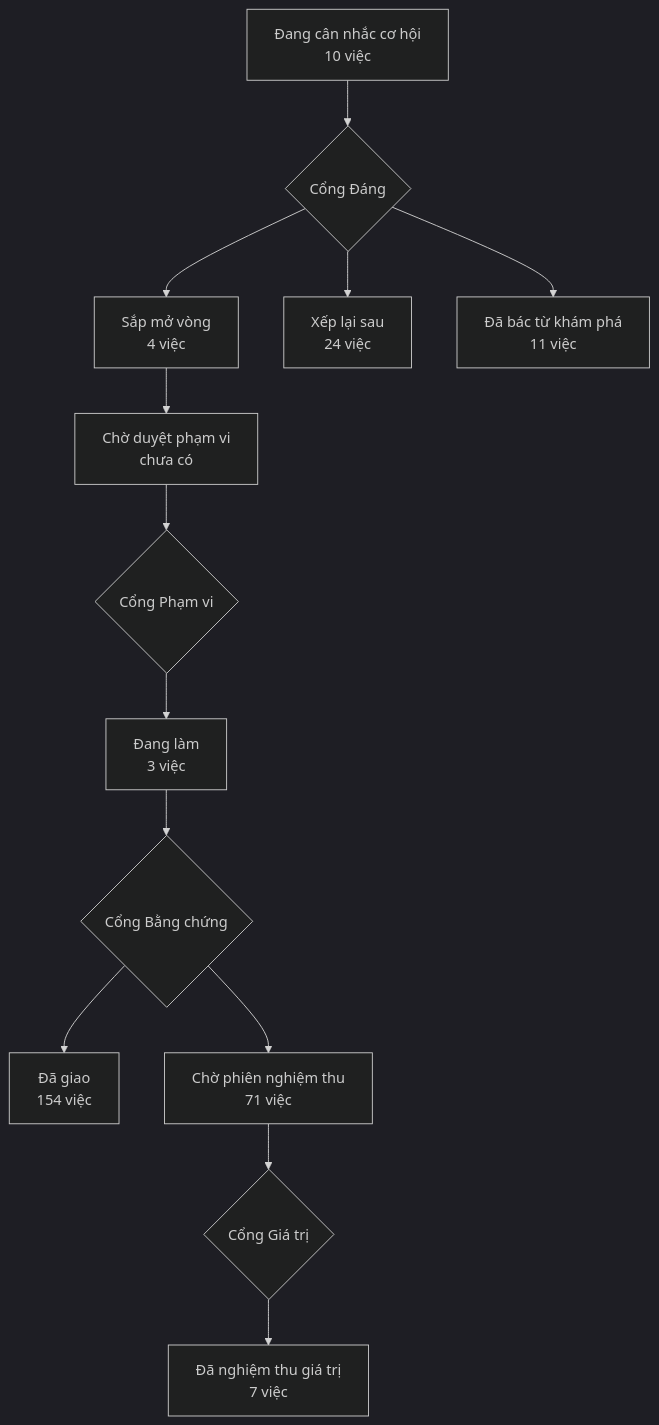
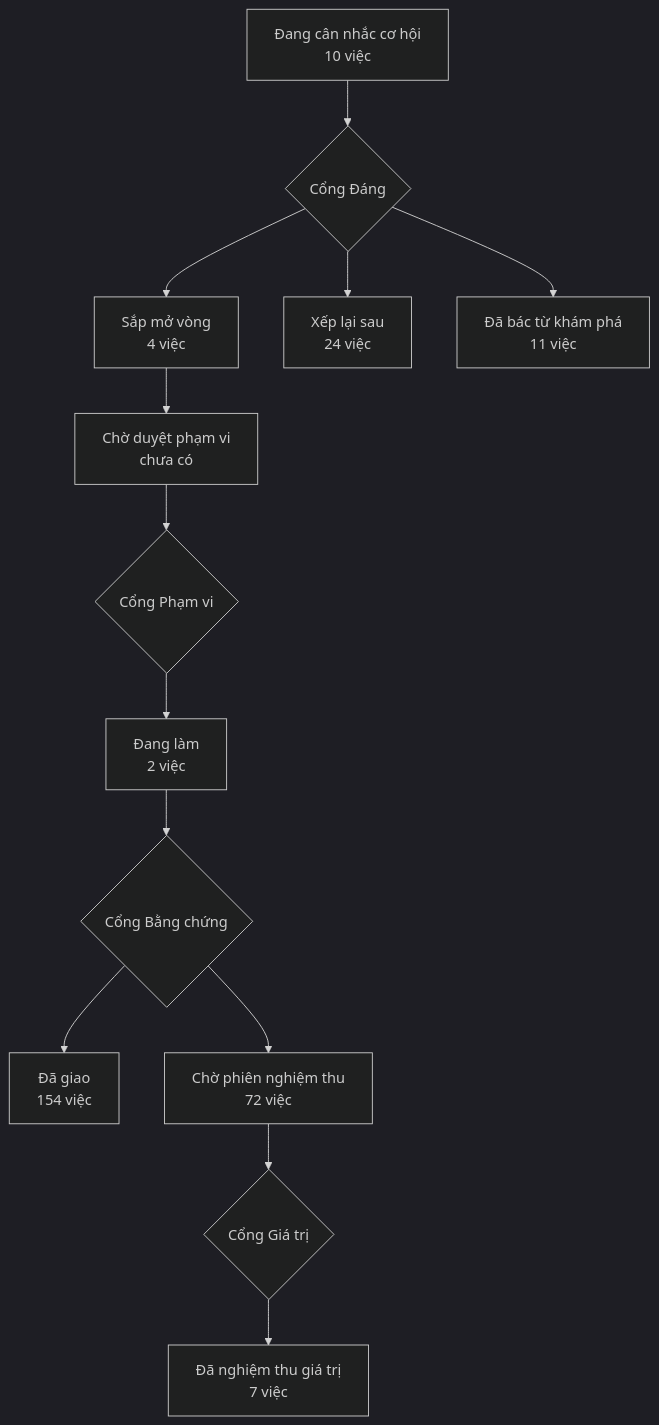
The diagram in PRODUCT-MAP.md (phanlemanh/acceptance-gate-kit), drawn with Mermaid (dark theme) before and after one commit. The commit also changed 6 other files, not shown here.

````diff
--- a/PRODUCT-MAP.md
+++ b/PRODUCT-MAP.md
@@ -7,12 +7,12 @@
 ```mermaid
 flowchart TD
   A["Đang cân nhắc cơ hội<br/>10 việc"] --> GD{"Cổng Đáng"}
   GD --> B["Sắp mở vòng<br/>4 việc"]
   GD --> XL["Xếp lại sau<br/>24 việc"]
   GD --> DB["Đã bác từ khám phá<br/>11 việc"]
   B --> CD["Chờ duyệt phạm vi<br/>chưa có"] --> GP{"Cổng Phạm vi"}
-  GP --> DL["Đang làm<br/>3 việc"] --> GB{"Cổng Bằng chứng"}
+  GP --> DL["Đang làm<br/>2 việc"] --> GB{"Cổng Bằng chứng"}
   GB --> DG["Đã giao<br/>154 việc"]
-  GB --> CN["Chờ phiên nghiệm thu<br/>71 việc"] --> GG{"Cổng Giá trị"}
+  GB --> CN["Chờ phiên nghiệm thu<br/>72 việc"] --> GG{"Cổng Giá trị"}
   GG --> NT["Đã nghiệm thu giá trị<br/>7 việc"]
 ```
````
